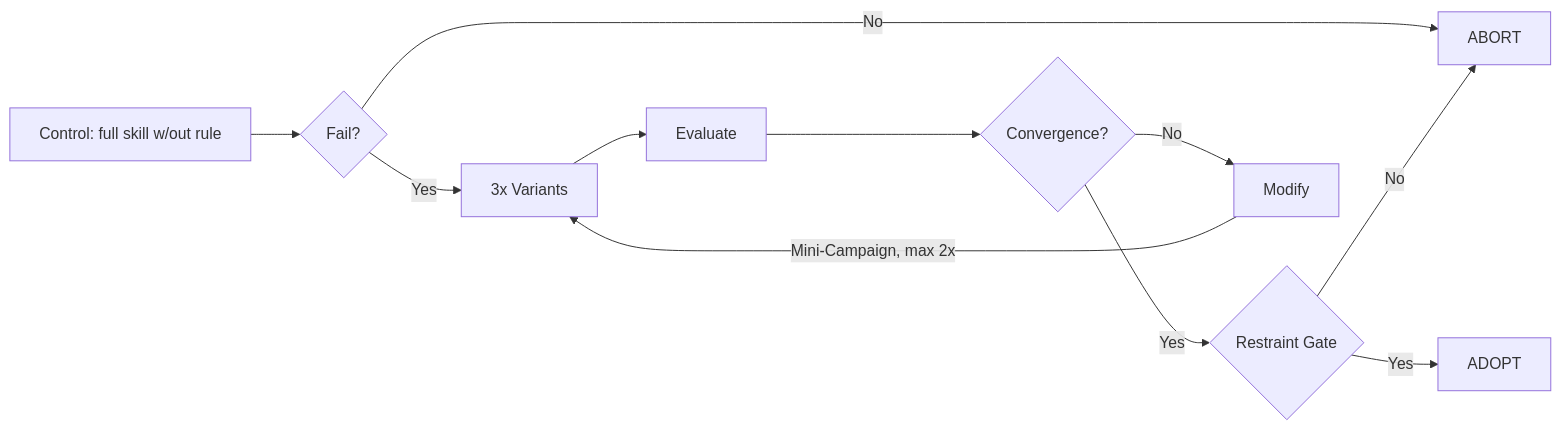
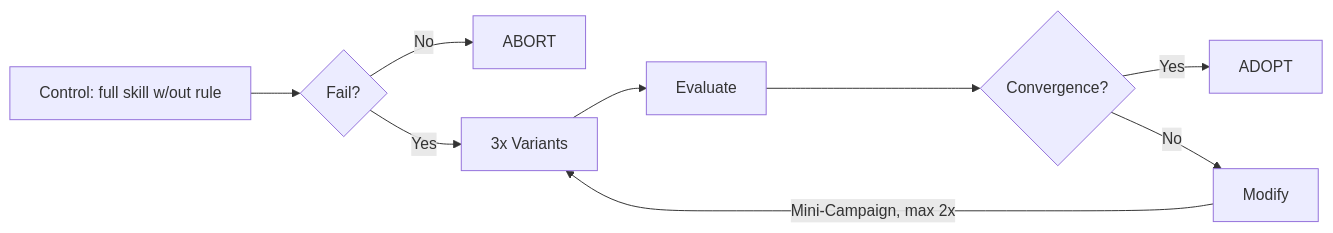
Before and after one commit to dczmer/dangerpowers: the third of 4 diagrams in docs/writing-skills/part-3/README.md, drawn with Mermaid. The commit also changed other lines of this file and 2 other files, not shown here.

````diff
--- a/docs/writing-skills/part-3/README.md
+++ b/docs/writing-skills/part-3/README.md
@@ -217,13 +210,11 @@
 ```mermaid
 flowchart LR
     C[Control: full skill w/out rule] --> CF{Fail?}
     CF -->|No| ABORT
     CF -->|Yes| V[3x Variants]
     V --> E[Evaluate]
     E --> CON{Convergence?}
-    CON -->|Yes| RG{Restraint Gate}
-    RG -->|Yes| ADOPT
-    RG -->|No| ABORT
+    CON -->|Yes| ADOPT
     CON -->|No| Modify
     Modify -->|Mini-Campaign, max 2x| V
 ```
````
